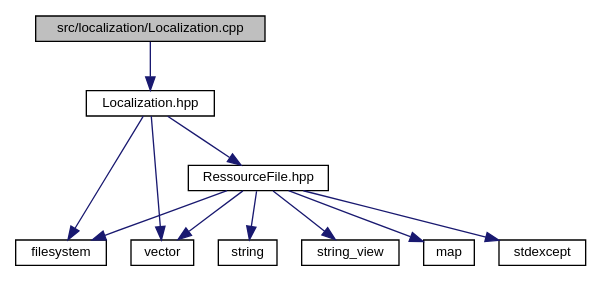
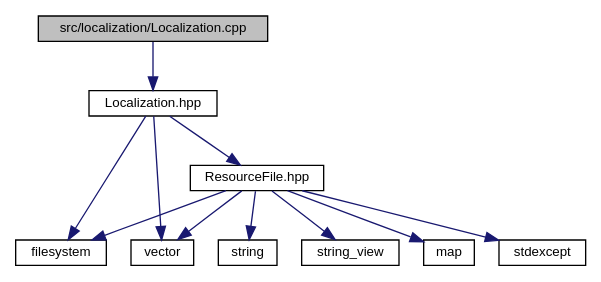
The diagram in _localization_8cpp__incl.dot (MisterPeModder/Bomberman-Global-Offensive), drawn with Graphviz before and after one commit. The commit also changed 348 other files, not shown here.

```diff
--- a/_localization_8cpp__incl.dot
+++ b/_localization_8cpp__incl.dot
@@ -1,25 +1,25 @@
 digraph "src/localization/Localization.cpp"
 {
  // LATEX_PDF_SIZE
   edge [fontname="Helvetica",fontsize="10",labelfontname="Helvetica",labelfontsize="10"];
   node [fontname="Helvetica",fontsize="10",shape=record];
   Node1 [label="src/localization/Localization.cpp",height=0.2,width=0.4,color="black", fillcolor="grey75", style="filled", fontcolor="black",tooltip=" "];
   Node1 -> Node2 [color="midnightblue",fontsize="10",style="solid",fontname="Helvetica"];
   Node2 [label="Localization.hpp",height=0.2,width=0.4,color="black", fillcolor="white", style="filled",URL="$_localization_8hpp.html",tooltip=" "];
   Node2 -> Node3 [color="midnightblue",fontsize="10",style="solid",fontname="Helvetica"];
   Node3 [label="filesystem",height=0.2,width=0.4,color="black", fillcolor="white", style="filled",URL="/home/runner/work/Bomberman-Global-Offensive/Bomberman-Global-Offensive/doc/external/cppreference-doxygen-web.tag.xml$cpp/header/filesystem.html",tooltip=" "];
   Node2 -> Node4 [color="midnightblue",fontsize="10",style="solid",fontname="Helvetica"];
   Node4 [label="vector",height=0.2,width=0.4,color="black", fillcolor="white", style="filled",URL="/home/runner/work/Bomberman-Global-Offensive/Bomberman-Global-Offensive/doc/external/cppreference-doxygen-web.tag.xml$cpp/header/vector.html",tooltip=" "];
   Node2 -> Node5 [color="midnightblue",fontsize="10",style="solid",fontname="Helvetica"];
-  Node5 [label="RessourceFile.hpp",height=0.2,width=0.4,color="black", fillcolor="white", style="filled",URL="$_ressource_file_8hpp.html",tooltip=" "];
+  Node5 [label="ResourceFile.hpp",height=0.2,width=0.4,color="black", fillcolor="white", style="filled",URL="$_resource_file_8hpp.html",tooltip=" "];
   Node5 -> Node3 [color="midnightblue",fontsize="10",style="solid",fontname="Helvetica"];
   Node5 -> Node6 [color="midnightblue",fontsize="10",style="solid",fontname="Helvetica"];
   Node6 [label="map",height=0.2,width=0.4,color="black", fillcolor="white", style="filled",URL="/home/runner/work/Bomberman-Global-Offensive/Bomberman-Global-Offensive/doc/external/cppreference-doxygen-web.tag.xml$cpp/header/map.html",tooltip=" "];
   Node5 -> Node7 [color="midnightblue",fontsize="10",style="solid",fontname="Helvetica"];
   Node7 [label="stdexcept",height=0.2,width=0.4,color="black", fillcolor="white", style="filled",URL="/home/runner/work/Bomberman-Global-Offensive/Bomberman-Global-Offensive/doc/external/cppreference-doxygen-web.tag.xml$cpp/header/stdexcept.html",tooltip=" "];
   Node5 -> Node8 [color="midnightblue",fontsize="10",style="solid",fontname="Helvetica"];
   Node8 [label="string",height=0.2,width=0.4,color="black", fillcolor="white", style="filled",URL="/home/runner/work/Bomberman-Global-Offensive/Bomberman-Global-Offensive/doc/external/cppreference-doxygen-web.tag.xml$cpp/header/string.html",tooltip=" "];
   Node5 -> Node4 [color="midnightblue",fontsize="10",style="solid",fontname="Helvetica"];
   Node5 -> Node9 [color="midnightblue",fontsize="10",style="solid",fontname="Helvetica"];
   Node9 [label="string_view",height=0.2,width=0.4,color="black", fillcolor="white", style="filled",URL="/home/runner/work/Bomberman-Global-Offensive/Bomberman-Global-Offensive/doc/external/cppreference-doxygen-web.tag.xml$cpp/header/string_view.html",tooltip=" "];
 }
```
